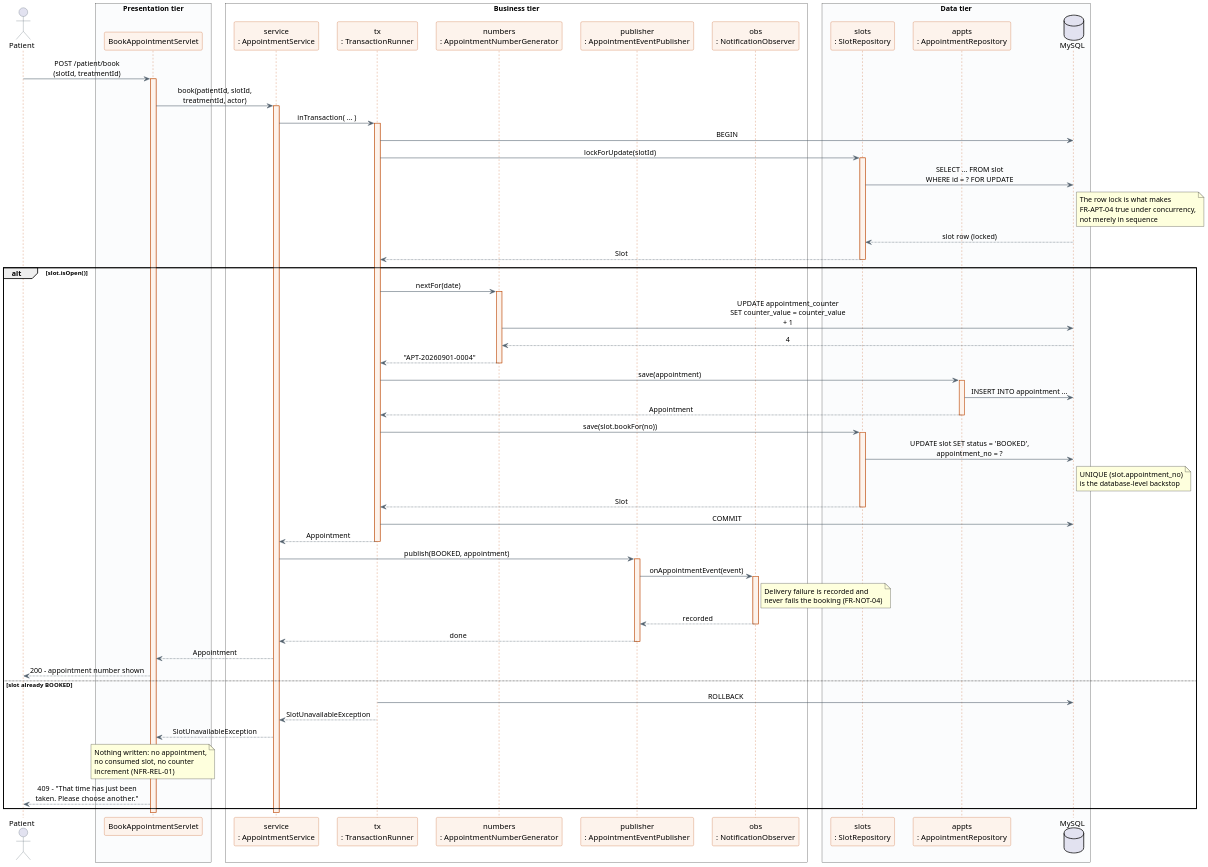
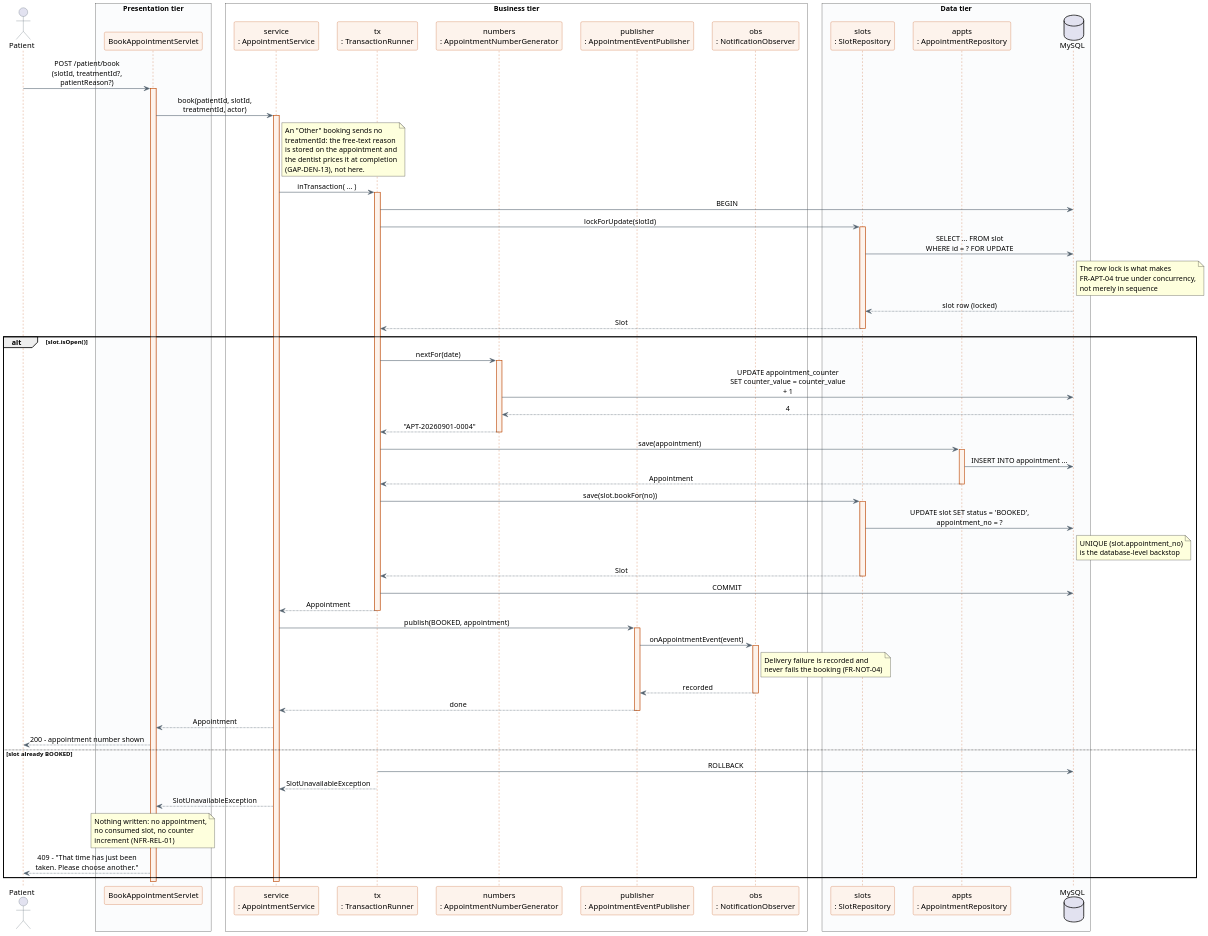
Before and after one commit to ShakyaRanasinghe/sunrise-dental-clinic: the diagram in modular/docs/sequence/2-seq-book-appointment.puml, drawn with PlantUML. The commit also changed 186 other files, not shown here.

```diff
--- a/modular/docs/sequence/2-seq-book-appointment.puml
+++ b/modular/docs/sequence/2-seq-book-appointment.puml
@@ -1,121 +1,128 @@
 @startuml seq_book_appointment
 ' Sunrise Dental Clinic - Sequence: Book Appointment (with the concurrency guard)
 ' Source of truth: modular/docs/sequence-diagrams.md
 !pragma layout smetana
 skinparam dpi 150
 skinparam backgroundColor #FFFFFF
 skinparam shadowing false
 skinparam sequenceMessageAlign center
 skinparam maxMessageSize 220
 skinparam ParticipantPadding 12
 skinparam BoxPadding 12
 skinparam sequence {
   ArrowColor #52606D
   LifeLineBorderColor #C2571A
   LifeLineBackgroundColor #FDF3EC
   ParticipantBorderColor #C2571A
   ParticipantBackgroundColor #FDF3EC
   ActorBorderColor #52606D
 }
 
 actor "Patient" as U
 
 box "Presentation tier" #FBFCFD
   participant "BookAppointmentServlet" as SV
 end box
 box "Business tier" #FFFFFF
   participant "service\n: AppointmentService" as AS
   participant "tx\n: TransactionRunner" as TX
   participant "numbers\n: AppointmentNumberGenerator" as NG
   participant "publisher\n: AppointmentEventPublisher" as EP
   participant "obs\n: NotificationObserver" as OB
 end box
 box "Data tier" #FBFCFD
   participant "slots\n: SlotRepository" as SR
   participant "appts\n: AppointmentRepository" as AR
   database "MySQL" as DB
 end box
 
-U -> SV : POST /patient/book\n(slotId, treatmentId)
+U -> SV : POST /patient/book\n(slotId, treatmentId?, patientReason?)
 activate SV
 
 SV -> AS : book(patientId, slotId,\ntreatmentId, actor)
 activate AS
+note right of AS
+  An "Other" booking sends no
+  treatmentId: the free-text reason
+  is stored on the appointment and
+  the dentist prices it at completion
+  (GAP-DEN-13), not here.
+end note
 
 AS -> TX : inTransaction( ... )
 activate TX
 TX -> DB : BEGIN
 
 TX -> SR : lockForUpdate(slotId)
 activate SR
 SR -> DB : SELECT ... FROM slot\nWHERE id = ? FOR UPDATE
 note right of DB
   The row lock is what makes
   FR-APT-04 true under concurrency,
   not merely in sequence
 end note
 DB --> SR : slot row (locked)
 SR --> TX : Slot
 deactivate SR
 
 alt slot.isOpen()
   TX -> NG : nextFor(date)
   activate NG
   NG -> DB : UPDATE appointment_counter\nSET counter_value = counter_value + 1
   DB --> NG : 4
   NG --> TX : "APT-20260901-0004"
   deactivate NG
 
   TX -> AR : save(appointment)
   activate AR
   AR -> DB : INSERT INTO appointment ...
   AR --> TX : Appointment
   deactivate AR
 
   TX -> SR : save(slot.bookFor(no))
   activate SR
   SR -> DB : UPDATE slot SET status = 'BOOKED',\nappointment_no = ?
   note right of DB
     UNIQUE (slot.appointment_no)
     is the database-level backstop
   end note
   SR --> TX : Slot
   deactivate SR
 
   TX -> DB : COMMIT
   TX --> AS : Appointment
   deactivate TX
 
   AS -> EP : publish(BOOKED, appointment)
   activate EP
   EP -> OB : onAppointmentEvent(event)
   activate OB
   note right of OB
     Delivery failure is recorded and
     never fails the booking (FR-NOT-04)
   end note
   OB --> EP : recorded
   deactivate OB
   EP --> AS : done
   deactivate EP
 
   AS --> SV : Appointment
   SV --> U : 200 - appointment number shown
 
 else slot already BOOKED
   TX -> DB : ROLLBACK
   TX --> AS : SlotUnavailableException
   deactivate TX
   AS --> SV : SlotUnavailableException
   note over SV
     Nothing written: no appointment,
     no consumed slot, no counter
     increment  (NFR-REL-01)
   end note
   SV --> U : 409 - "That time has just been\ntaken. Please choose another."
 end
 
 deactivate AS
 deactivate SV
 
 @enduml
```
